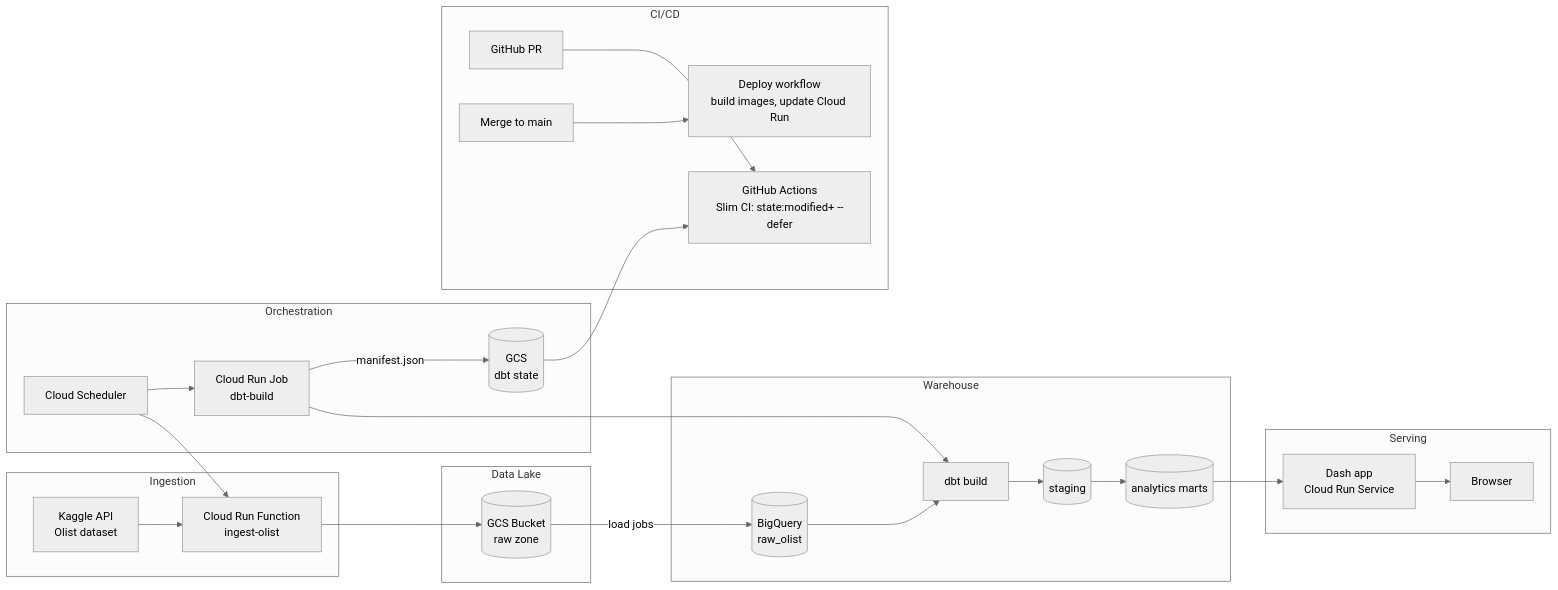
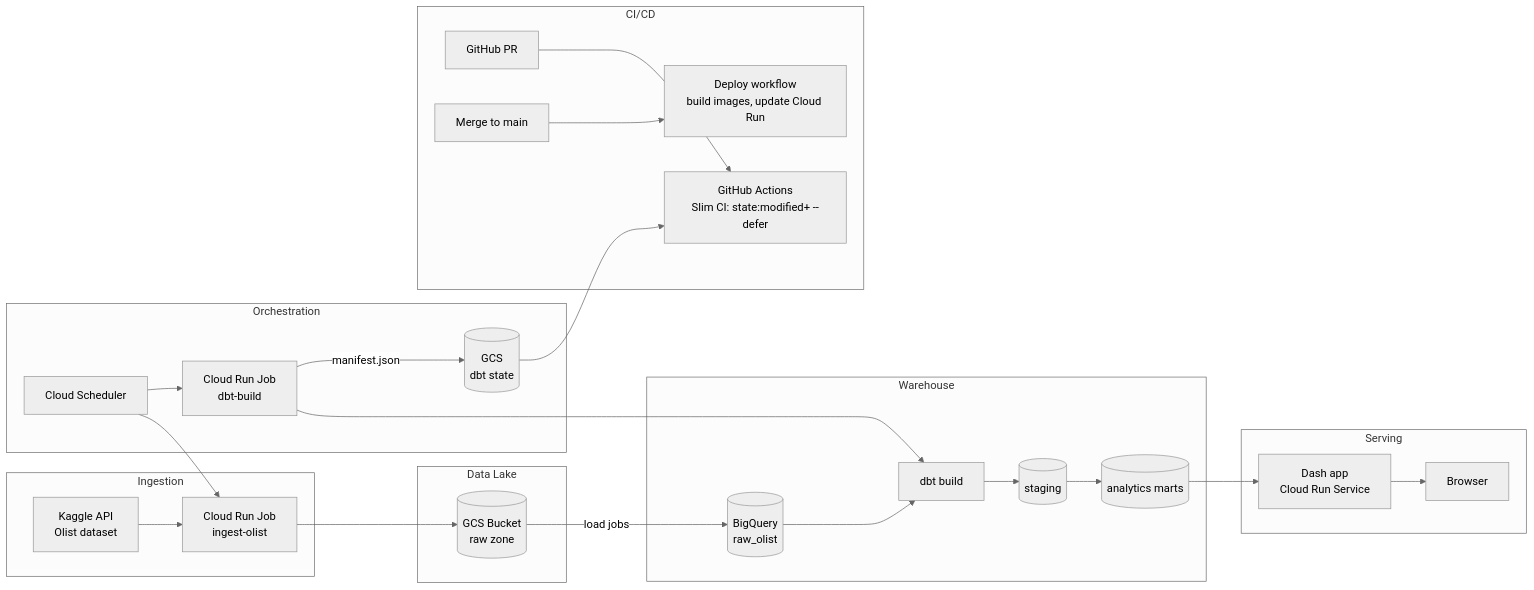
The diagram in PROJECT.md (pablojaravel93/Olist_Data_Full_Analytics_DBT_Project), drawn with Mermaid (neutral theme) before and after one commit. The commit also changed other lines of this file and 7 other files, not shown here.

Commit message:
Add Cloud Run ingestion job (Kaggle -> GCS -> BigQuery raw) (#3)

````diff
--- a/PROJECT.md
+++ b/PROJECT.md
@@ -51,30 +51,30 @@
 ```mermaid
 flowchart LR
     subgraph Ingestion
-        KG[Kaggle API<br/>Olist dataset] --> CRF[Cloud Run Function<br/>ingest-olist]
+        KG[Kaggle API<br/>Olist dataset] --> CRF[Cloud Run Job<br/>ingest-olist]
     end
     subgraph Data Lake
         CRF --> GCS[(GCS Bucket<br/>raw zone)]
     end
     subgraph Warehouse
         GCS -->|load jobs| BQRAW[(BigQuery<br/>raw_olist)]
         BQRAW --> DBT[dbt build]
         DBT --> STG[(staging)]
         STG --> MARTS[(analytics marts)]
     end
     subgraph Orchestration
         SCHED[Cloud Scheduler] --> CRF
         SCHED --> CRJ[Cloud Run Job<br/>dbt-build]
         CRJ --> DBT
         CRJ -->|manifest.json| GCSSTATE[(GCS<br/>dbt state)]
     end
     subgraph CI/CD
         GH[GitHub PR] --> GA[GitHub Actions<br/>Slim CI: state:modified+ --defer]
         GCSSTATE --> GA
         GHM[Merge to main] --> DEPLOY[Deploy workflow<br/>build images, update Cloud Run]
     end
     subgraph Serving
         MARTS --> DASH[Dash app<br/>Cloud Run Service]
         DASH --> USER[Browser]
     end
 ```
````
